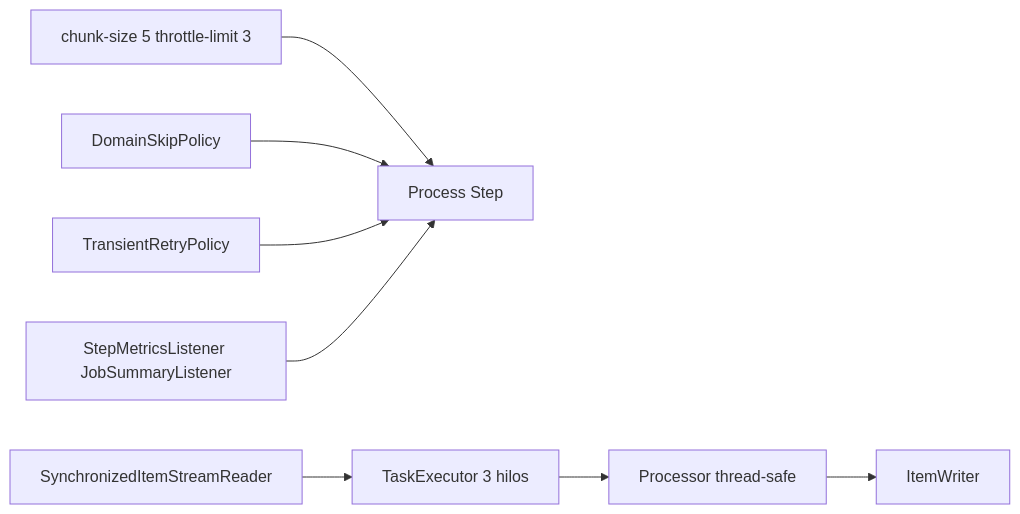
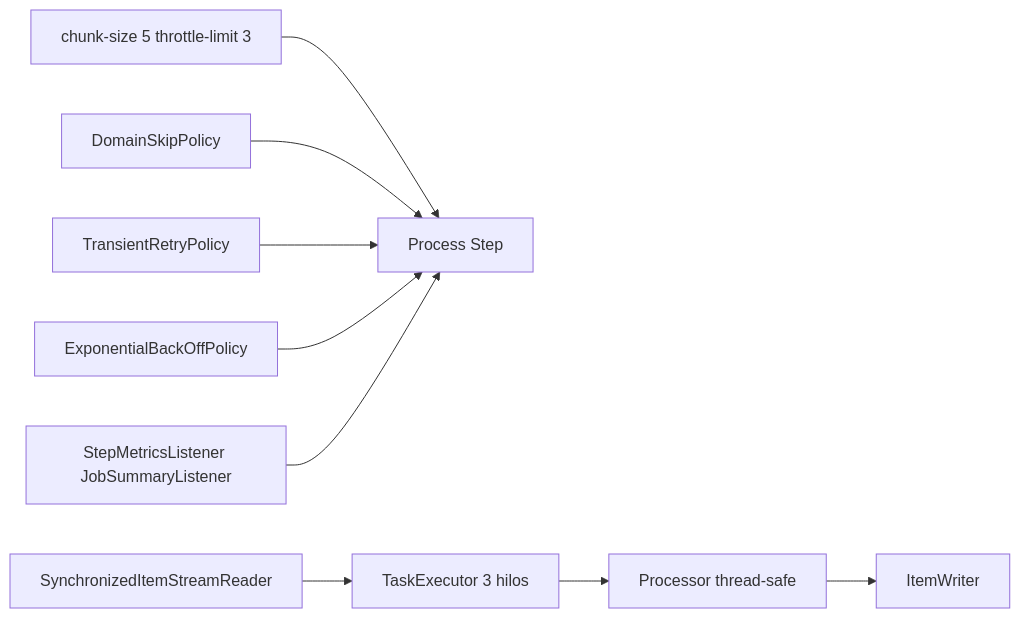
The second of 2 diagrams in docs/jobs.md (gustavoduocuc/xyz_bank_data_migration), drawn with Mermaid before and after one commit. The commit also changed other lines of this file and 13 other files, not shown here.

````diff
--- a/docs/jobs.md
+++ b/docs/jobs.md
@@ -27,10 +27,11 @@
 ```mermaid
 flowchart LR
     yml[chunk-size 5 throttle-limit 3] --> step[Process Step]
     syncReader[SynchronizedItemStreamReader] --> pool[TaskExecutor 3 hilos]
     pool --> processor[Processor thread-safe]
     processor --> writer[ItemWriter]
     skipPol[DomainSkipPolicy] --> step
     retryPol[TransientRetryPolicy] --> step
+    backOff[ExponentialBackOffPolicy] --> step
     metrics[StepMetricsListener JobSummaryListener] --> step
 ```
````
